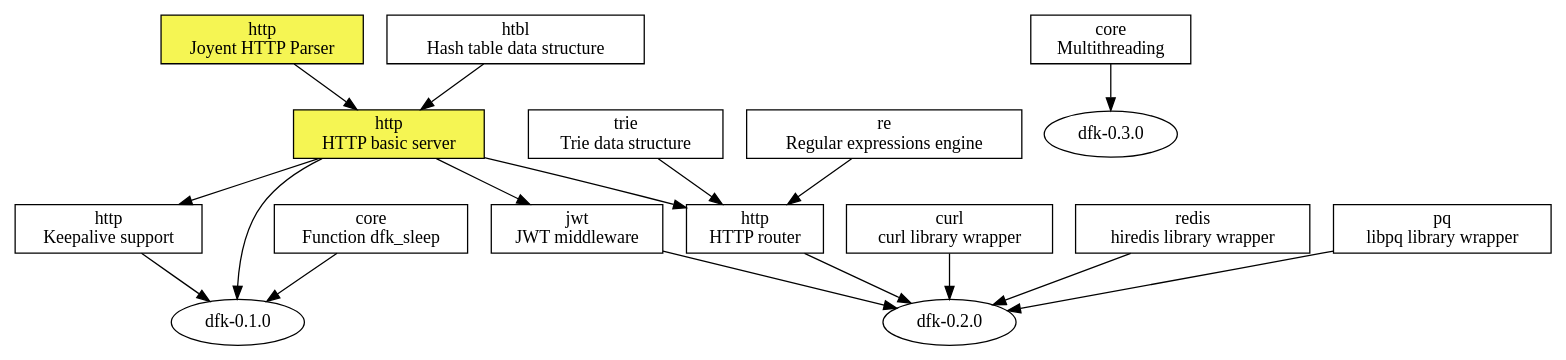
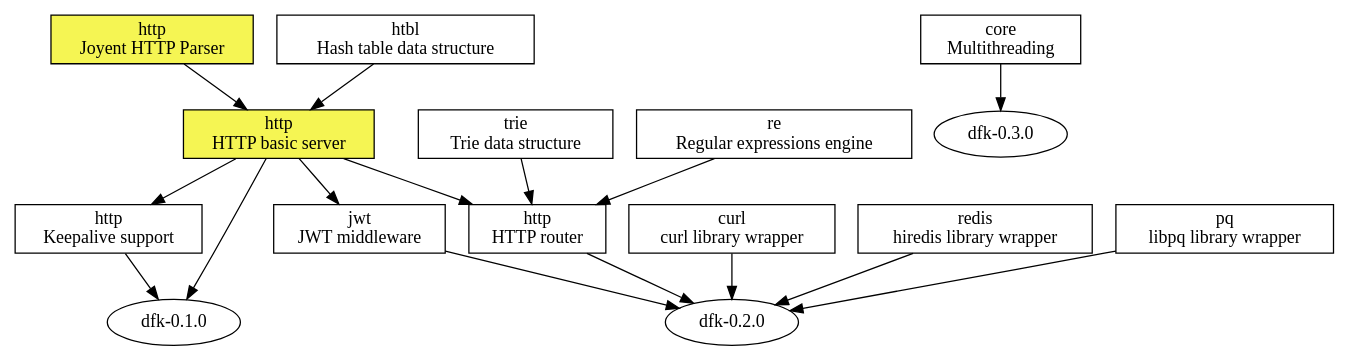
Before and after one commit to isn-/dfk: the diagram in doc/roadmap.dot, drawn with Graphviz. The commit also changed 2 other files, not shown here.

Commit message:
core: Add dfk_sleep function

```diff
--- a/doc/roadmap.dot
+++ b/doc/roadmap.dot
@@ -1,52 +1,49 @@
 digraph "DFK Library Roadmap - Current" {
   node [shape=box];
   ratio="compress";
 
   http_parser [label="http\nJoyent HTTP Parser" style=filled fillcolor="#F5F553"];
 
   http_server [label="http\nHTTP basic server" style=filled fillcolor="#F5F553"];
     http_parser -> http_server
     htbl -> http_server
 
   keepalive [label="http\nKeepalive support"];
     http_server -> keepalive;
 
   curl [label="curl\ncurl library wrapper"];
 
   redis [label="redis\nhiredis library wrapper"];
 
   libpq [label="pq\nlibpq library wrapper"];
 
   jwt [label="jwt\nJWT middleware"];
     http_server -> jwt;
 
   mt [label="core\nMultithreading"];
 
   trie [label="trie\nTrie data structure"];
 
   re [label="re\nRegular expressions engine"];
 
   htbl [label="htbl\nHash table data structure"];
 
   router [label="http\nHTTP router"];
     http_server -> router;
     trie -> router;
     re -> router;
 
-  sleep [label="core\nFunction dfk_sleep"];
-    sleep -> dfk010;
-
   dfk010 [label="dfk-0.1.0" shape=oval];
     http_server -> dfk010;
     keepalive -> dfk010;
 
   dfk020 [label="dfk-0.2.0" shape=oval];
     jwt -> dfk020;
     redis -> dfk020;
     curl -> dfk020;
     libpq -> dfk020;
     router -> dfk020;
 
   dfk030 [label="dfk-0.3.0" shape=oval];
     mt -> dfk030;
 }
```
